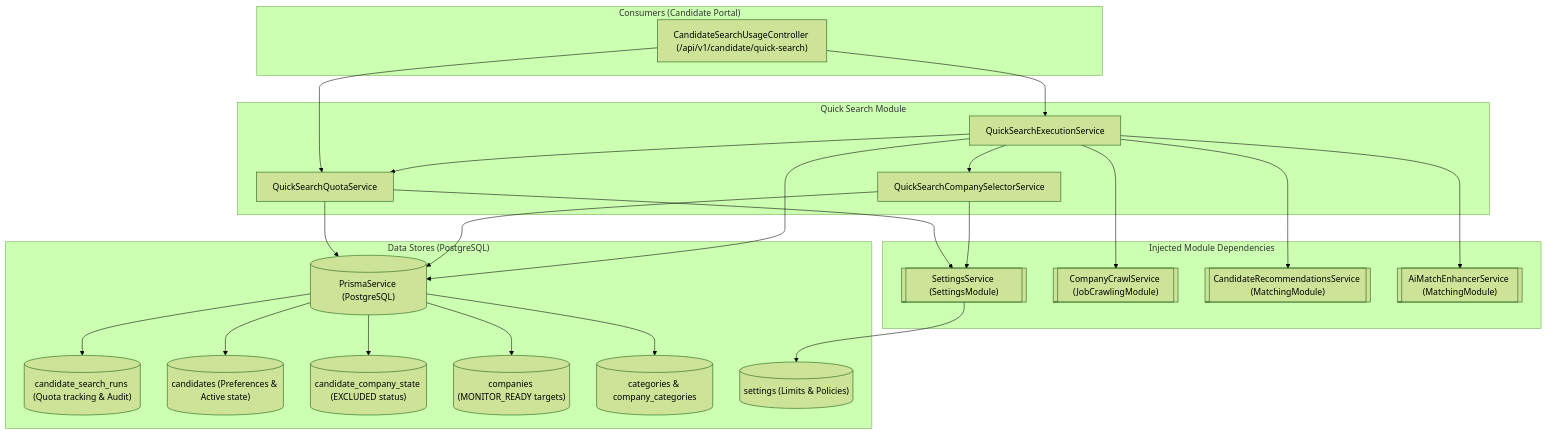
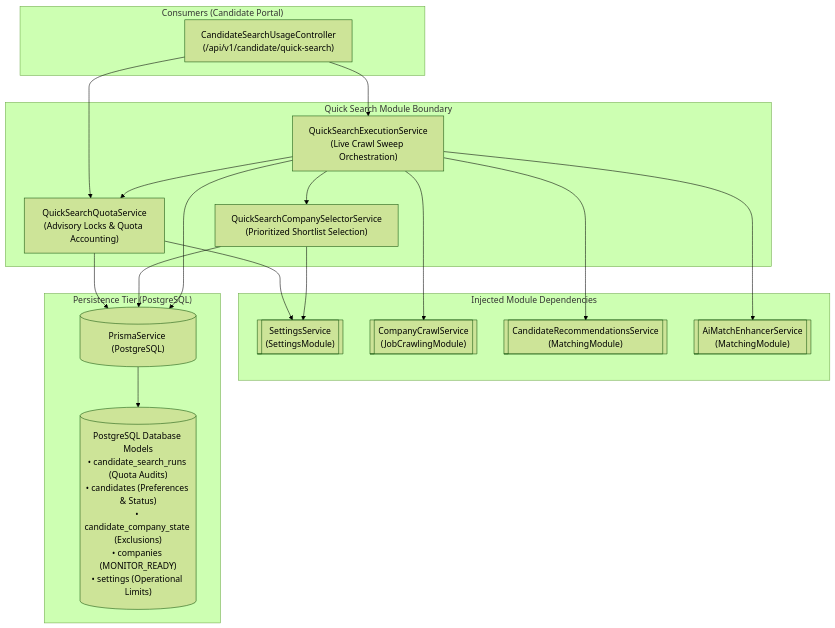
One commit to MohammadSheakh/job-intelligence changed the first of 4 diagrams in backend/src/features/quick-search/README.md. Above: the diagram before and after it, drawn with Mermaid (forest theme). The commit also changed other lines of this file and 19 other files, not shown here.

First line of the commit message:
docs(architecture): add technical diagram specs and enhance feature READMEs

````diff
--- a/backend/src/features/quick-search/README.md
+++ b/backend/src/features/quick-search/README.md
@@ -10,52 +10,42 @@
 ```mermaid
 flowchart TD
     subgraph Consumers ["Consumers (Candidate Portal)"]
-        UsageCtrl["CandidateSearchUsageController (/api/v1/candidate/quick-search)"]
+        UsageCtrl["CandidateSearchUsageController<br/>(/api/v1/candidate/quick-search)"]
     end
 
-    subgraph QuickSearchModule ["Quick Search Module"]
-        QuotaSvc["QuickSearchQuotaService"]
-        SelectorSvc["QuickSearchCompanySelectorService"]
-        ExecSvc["QuickSearchExecutionService"]
+    subgraph QuickSearchModule ["Quick Search Module Boundary"]
+        QuotaSvc["QuickSearchQuotaService<br/>(Advisory Locks & Quota Accounting)"]
+        SelectorSvc["QuickSearchCompanySelectorService<br/>(Prioritized Shortlist Selection)"]
+        ExecSvc["QuickSearchExecutionService<br/>(Live Crawl Sweep Orchestration)"]
     end
 
     subgraph CrossModuleDependencies ["Injected Module Dependencies"]
-        SettingsSvc[["SettingsService (SettingsModule)"]]
-        CrawlerSvc[["CompanyCrawlService (JobCrawlingModule)"]]
-        RecsSvc[["CandidateRecommendationsService (MatchingModule)"]]
-        AiSvc[["AiMatchEnhancerService (MatchingModule)"]]
+        SettingsSvc[["SettingsService<br/>(SettingsModule)"]]
+        CrawlerSvc[["CompanyCrawlService<br/>(JobCrawlingModule)"]]
+        RecsSvc[["CandidateRecommendationsService<br/>(MatchingModule)"]]
+        AiSvc[["AiMatchEnhancerService<br/>(MatchingModule)"]]
     end
 
-    subgraph DataStorage ["Data Stores (PostgreSQL)"]
+    subgraph DataStorage ["Persistence Tier (PostgreSQL)"]
         Prisma[("PrismaService (PostgreSQL)")]
-        RunsModel[("candidate_search_runs (Quota tracking & Audit)")]
-        CandidateModel[("candidates (Preferences & Active state)")]
-        BlacklistModel[("candidate_company_state (EXCLUDED status)")]
-        CompaniesModel[("companies (MONITOR_READY targets)")]
-        CategoriesModel[("categories & company_categories")]
-        SettingsModel[("settings (Limits & Policies)")]
+        DBTables[("PostgreSQL Database Models<br/>• candidate_search_runs (Quota Audits)<br/>• candidates (Preferences & Status)<br/>• candidate_company_state (Exclusions)<br/>• companies (MONITOR_READY)<br/>• settings (Operational Limits)")]
     end
 
     UsageCtrl --> QuotaSvc
     UsageCtrl --> ExecSvc
 
     ExecSvc --> QuotaSvc
     ExecSvc --> SelectorSvc
     ExecSvc --> CrawlerSvc
     ExecSvc --> RecsSvc
     ExecSvc --> AiSvc
 
     QuotaSvc --> SettingsSvc
     SelectorSvc --> SettingsSvc
 
     QuotaSvc --> Prisma
     SelectorSvc --> Prisma
     ExecSvc --> Prisma
 
-    Prisma --> RunsModel
-    Prisma --> CandidateModel
-    Prisma --> BlacklistModel
-    Prisma --> CompaniesModel
-    Prisma --> CategoriesModel
-    SettingsSvc --> SettingsModel
+    Prisma --> DBTables
 ```
````
